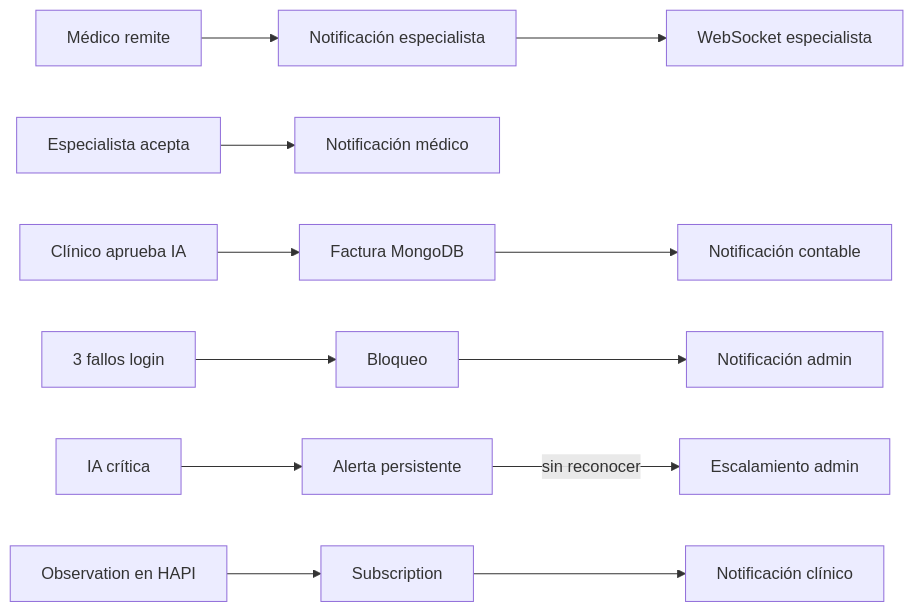
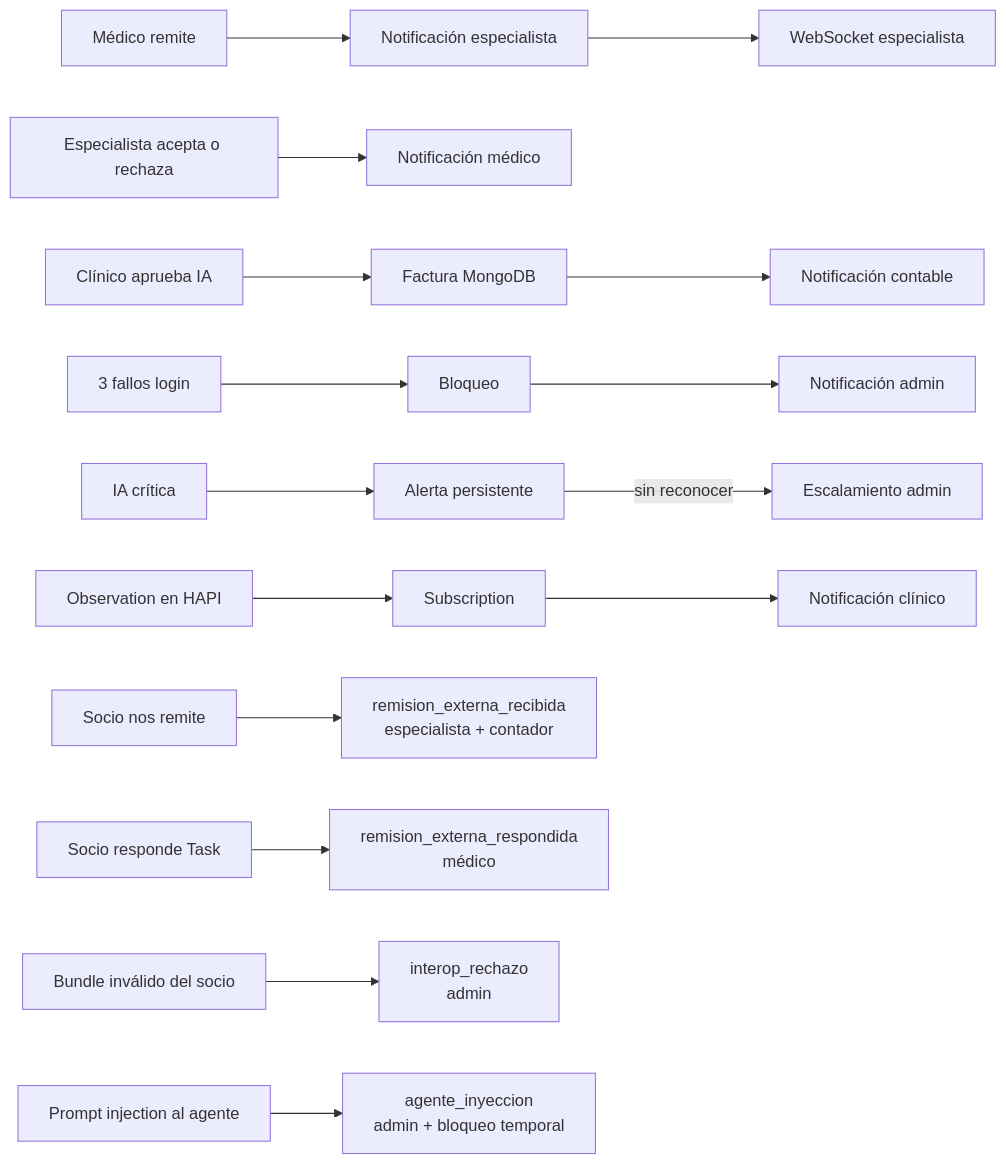
The second of 3 diagrams in README.md (PresiUribe/heart-failure-monitor), drawn with Mermaid before and after one commit. The commit also changed other lines of this file and 35 other files, not shown here.

````diff
--- a/README.md
+++ b/README.md
@@ -39,14 +45,18 @@
 ```mermaid
 flowchart LR
     A[Médico remite] --> B[Notificación especialista]
     B --> C[WebSocket especialista]
-    D[Especialista acepta] --> E[Notificación médico]
+    D[Especialista acepta o rechaza] --> E[Notificación médico]
     F[Clínico aprueba IA] --> G[Factura MongoDB]
     G --> H[Notificación contable]
     I[3 fallos login] --> J[Bloqueo]
     J --> K[Notificación admin]
     L[IA crítica] --> M[Alerta persistente]
     M -->|sin reconocer| N[Escalamiento admin]
     O[Observation en HAPI] --> P[Subscription]
     P --> Q[Notificación clínico]
+    R[Socio nos remite] --> S[remision_externa_recibida<br/>especialista + contador]
+    T[Socio responde Task] --> V[remision_externa_respondida<br/>médico]
+    W[Bundle inválido del socio] --> X[interop_rechazo<br/>admin]
+    Y[Prompt injection al agente] --> Z[agente_inyeccion<br/>admin + bloqueo temporal]
 ```
````
